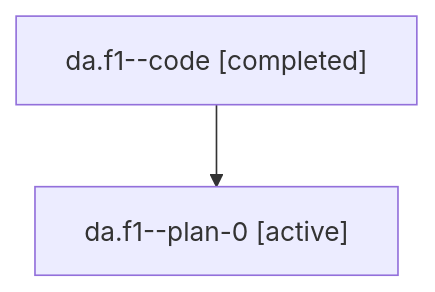
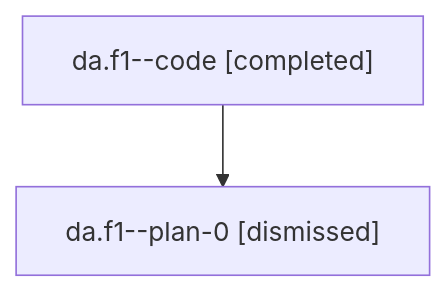
One commit to sase-org/sase--agents changed the diagram in sessions/bbugyi200.athena.da.f1.md. Above: the diagram before and after it, drawn with Mermaid. The commit also changed other lines of this file and 69 other files, not shown here.

````diff
--- a/sessions/bbugyi200.athena.da.f1.md
+++ b/sessions/bbugyi200.athena.da.f1.md
@@ -9,6 +9,6 @@
 ```mermaid
 flowchart TD
   n0["da.f1--code [completed]"]
-  n1["da.f1--plan-0 [active]"]
+  n1["da.f1--plan-0 [dismissed]"]
   n0 --> n1
 ```
````
